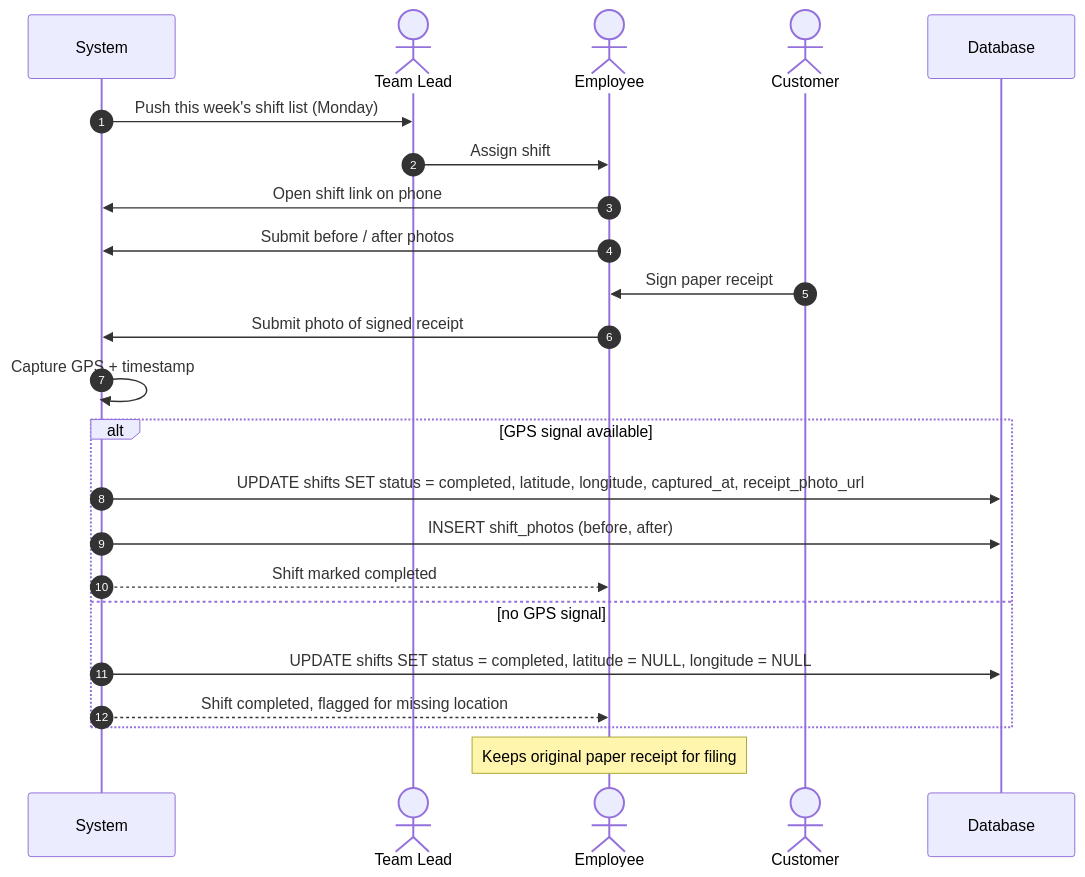
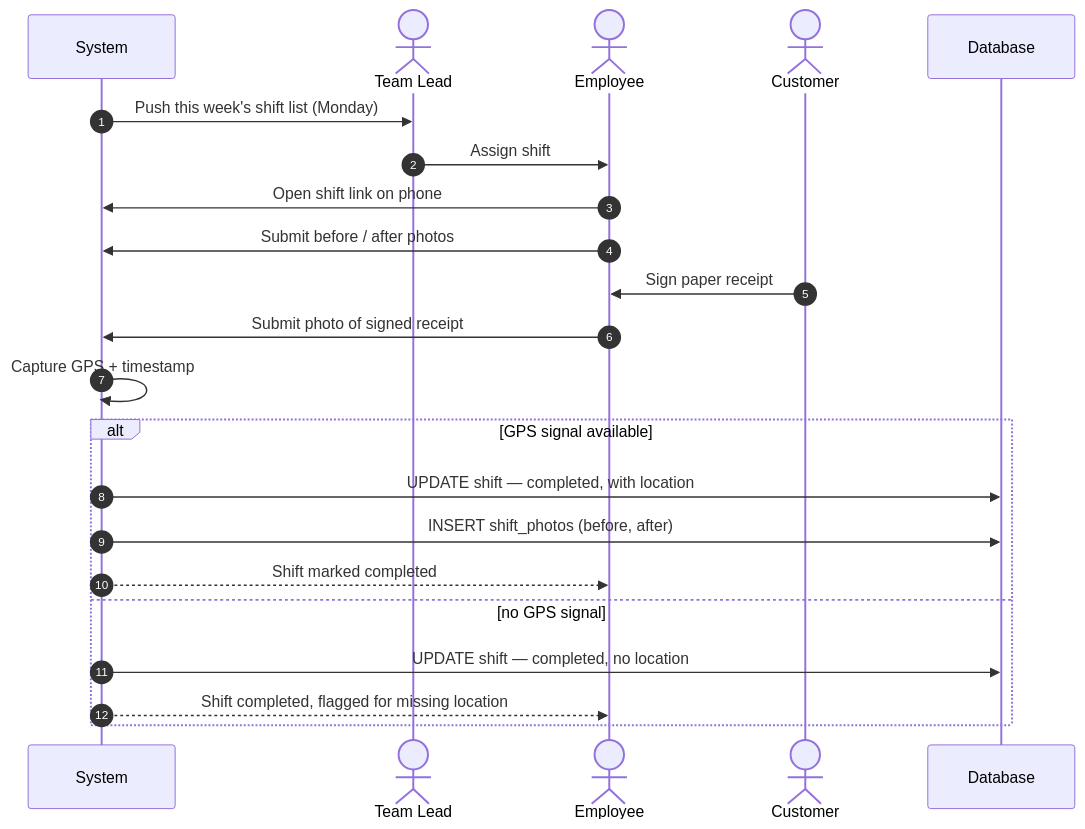
Before and after one commit to dDxCg/contrack: the fourth of 12 diagrams in docs/08-sequence-diagram.md, drawn with Mermaid. The commit also changed other lines of this file and 40 other files, not shown here.

````diff
--- a/docs/08-sequence-diagram.md
+++ b/docs/08-sequence-diagram.md
@@ -25,26 +90,25 @@
 ```mermaid
 sequenceDiagram
     autonumber
     participant System
     actor TeamLead as Team Lead
     actor Employee
     actor Customer
     participant DB as Database
 
     System->>TeamLead: Push this week's shift list (Monday)
     TeamLead->>Employee: Assign shift
     Employee->>System: Open shift link on phone
     Employee->>System: Submit before / after photos
     Customer->>Employee: Sign paper receipt
     Employee->>System: Submit photo of signed receipt
     System->>System: Capture GPS + timestamp
     alt GPS signal available
-        System->>DB: UPDATE shifts SET status = completed, latitude, longitude, captured_at, receipt_photo_url
+        System->>DB: UPDATE shift — completed, with location
         System->>DB: INSERT shift_photos (before, after)
         System-->>Employee: Shift marked completed
     else no GPS signal
-        System->>DB: UPDATE shifts SET status = completed, latitude = NULL, longitude = NULL
+        System->>DB: UPDATE shift — completed, no location
         System-->>Employee: Shift completed, flagged for missing location
     end
-    Note over Employee: Keeps original paper receipt for filing
 ```
````
